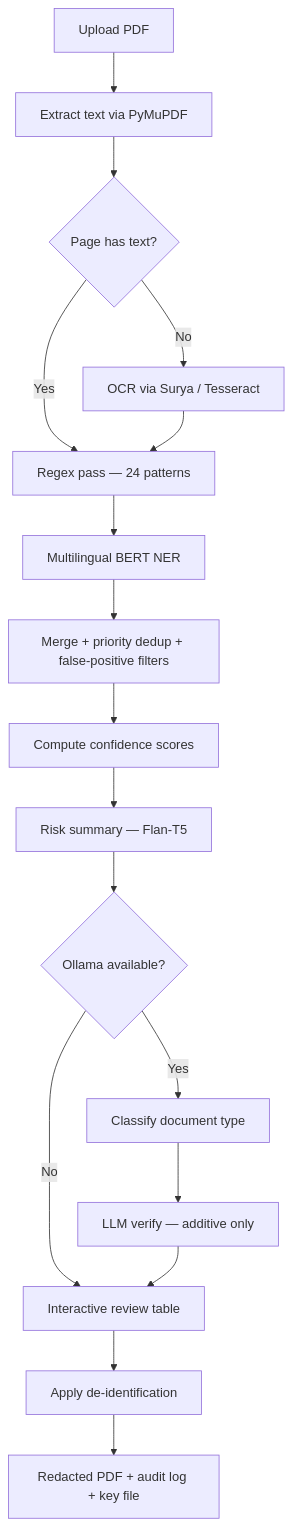
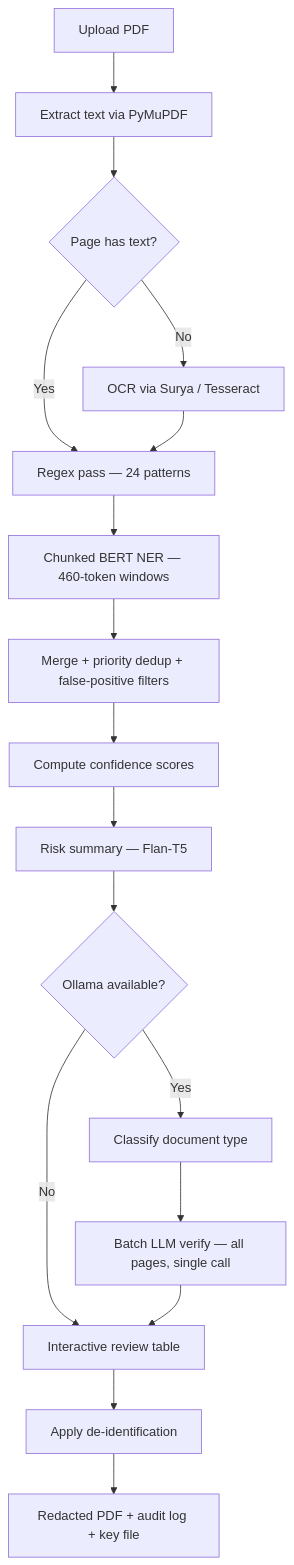
The first of 4 diagrams in README.md (alallaqi/go-calma-redact), drawn with Mermaid before and after one commit. The commit also changed other lines of this file and 7 other files, not shown here.

````diff
--- a/README.md
+++ b/README.md
@@ -223,19 +241,19 @@
 ```mermaid
 flowchart TD
     Upload[Upload PDF] --> Extract[Extract text via PyMuPDF]
     Extract --> OCR{Page has text?}
     OCR -->|Yes| Regex[Regex pass — 24 patterns]
     OCR -->|No| SuryaOCR[OCR via Surya / Tesseract]
     SuryaOCR --> Regex
-    Regex --> NER[Multilingual BERT NER]
+    Regex --> NER[Chunked BERT NER — 460-token windows]
     NER --> Merge[Merge + priority dedup + false-positive filters]
     Merge --> Confidence[Compute confidence scores]
     Confidence --> Risk[Risk summary — Flan-T5]
     Risk --> LLMCheck{Ollama available?}
     LLMCheck -->|No| Review
     LLMCheck -->|Yes| Classify[Classify document type]
-    Classify --> LLMVerify[LLM verify — additive only]
+    Classify --> LLMVerify[Batch LLM verify — all pages, single call]
     LLMVerify --> Review[Interactive review table]
     Review --> Redact[Apply de-identification]
     Redact --> Output[Redacted PDF + audit log + key file]
 ```
````
